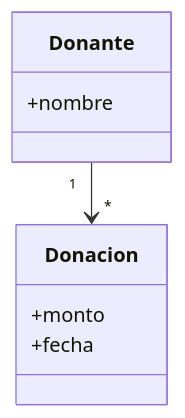
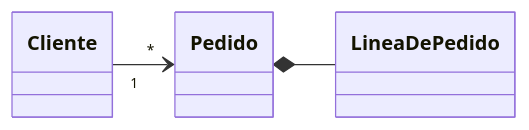
Before and after one commit to ddsutn-k3003/clases: the diagram in clases/C01-uml/slides.md, drawn with Mermaid. The commit also changed other lines of this file and 33 other files, not shown here.

````diff
--- a/clases/C01-uml/slides.md
+++ b/clases/C01-uml/slides.md
@@ -43,11 +369,6 @@
-```mermaid
+```mermaid {scale: 1.35}
 classDiagram
-  class Donacion {
-    +monto
-    +fecha
-  }
-  class Donante {
-    +nombre
-  }
-  Donante "1" --> "*" Donacion
+  direction LR
+  Cliente "1" --> "*" Pedido
+  Pedido *-- LineaDePedido
 ```
````
